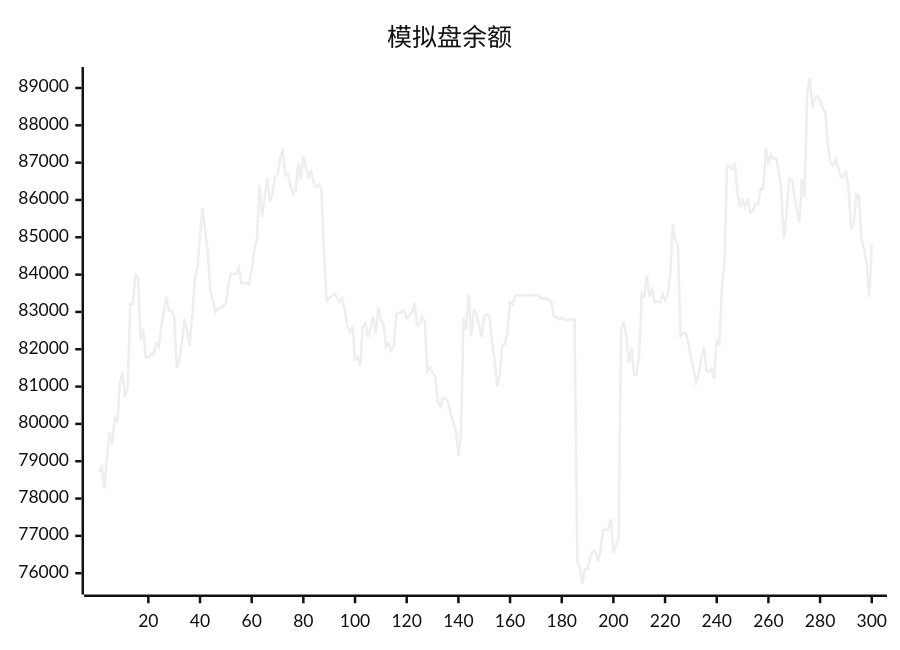
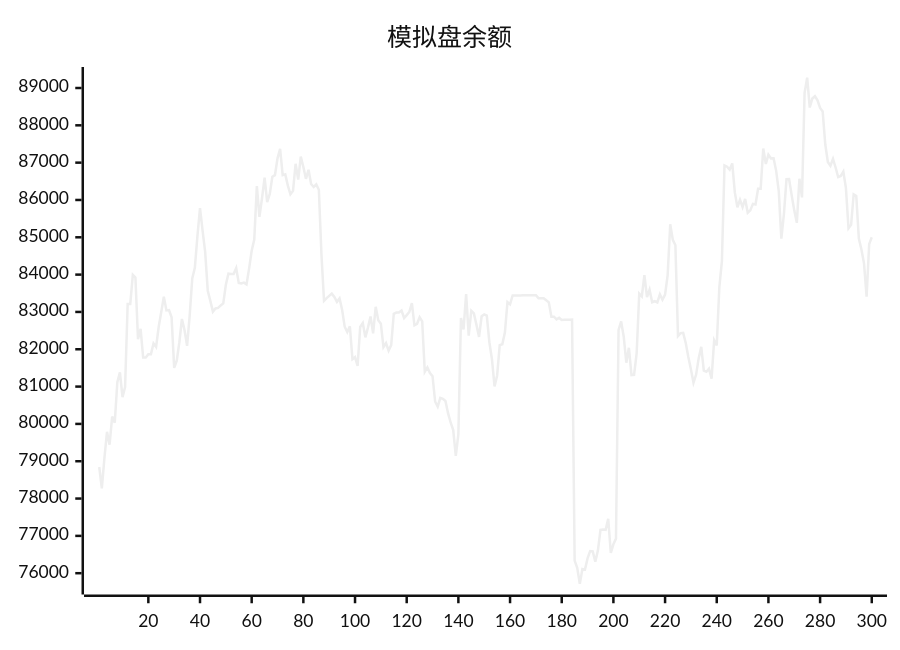
The diagram in README.md (aahl/ai-trading), drawn with Mermaid (neutral theme) before and after one commit. The commit also changed other lines of this file and 1 other file, not shown here.

````diff
--- a/README.md
+++ b/README.md
@@ -5,5 +5,5 @@
 ```mermaid
 xychart
     title "模拟盘余额"
-    line [78696,78846,78272,79085,79787,79442,80198,80031,81120,81379,80718,80985,83214,83212,83993,83921,82270,82547,81776,81776,81866,81866,82158,82061,82596,83000,83408,83041,83050,82858,81503,81691,82188,82812,82517,82092,82901,83898,84180,85030,85781,85178,84604,83569,83298,83008,83093,83107,83175,83228,83729,84025,84017,84019,84177,83775,83762,83785,83738,84160,84639,84939,86370,85548,86046,86599,85942,86161,86622,86664,87115,87369,86666,86685,86384,86152,86243,86969,86548,87164,86885,86566,86809,86427,86348,86417,86273,84538,83299,83369,83430,83490,83404,83270,83362,83056,82605,82459,82614,81734,81788,81551,82598,82702,82320,82580,82878,82426,83139,82778,82686,82056,82166,81963,82110,82951,82983,82984,83038,82838,82915,82998,83235,82642,82682,82858,82746,81396,81512,81362,81277,80600,80461,80699,80673,80616,80288,80038,79836,79142,79722,82837,82533,83480,82366,83032,82960,82654,82330,82883,82934,82901,82188,81728,81005,81298,82110,82135,82449,83264,83203,83440,83439,83440,83440,83446,83447,83448,83447,83448,83449,83369,83369,83369,83313,83256,82872,82873,82801,82844,82785,82791,82791,82793,82794,76339,76145,75714,76110,76096,76397,76594,76585,76310,76607,77160,77170,77160,77456,76541,76774,76927,82520,82744,82337,81639,82040,81307,81314,81887,83490,83414,83984,83396,83594,83261,83287,83253,83470,83327,83465,83987,85348,84930,84786,82355,82433,82438,82167,81795,81466,81105,81315,81756,82064,81426,81398,81481,81210,82242,82099,83658,84359,86925,86892,86814,86980,86203,85802,86003,85811,86028,85657,85721,85896,85880,86300,86299,87378,86965,87214,87115,87118,86780,86238,84966,85623,86555,86562,86129,85722,85387,86569,86070,88870,89278,88477,88720,88781,88668,88467,88372,87493,87018,86917,87102,86870,86613,86644,86758,86317,85242,85334,86149,86106,84968,84671,84302,83410,84816]
+    line [78846,78272,79085,79787,79442,80198,80031,81120,81379,80718,80985,83214,83212,83993,83921,82270,82547,81776,81776,81866,81866,82158,82061,82596,83000,83408,83041,83050,82858,81503,81691,82188,82812,82517,82092,82901,83898,84180,85030,85781,85178,84604,83569,83298,83008,83093,83107,83175,83228,83729,84025,84017,84019,84177,83775,83762,83785,83738,84160,84639,84939,86370,85548,86046,86599,85942,86161,86622,86664,87115,87369,86666,86685,86384,86152,86243,86969,86548,87164,86885,86566,86809,86427,86348,86417,86273,84538,83299,83369,83430,83490,83404,83270,83362,83056,82605,82459,82614,81734,81788,81551,82598,82702,82320,82580,82878,82426,83139,82778,82686,82056,82166,81963,82110,82951,82983,82984,83038,82838,82915,82998,83235,82642,82682,82858,82746,81396,81512,81362,81277,80600,80461,80699,80673,80616,80288,80038,79836,79142,79722,82837,82533,83480,82366,83032,82960,82654,82330,82883,82934,82901,82188,81728,81005,81298,82110,82135,82449,83264,83203,83440,83439,83440,83440,83446,83447,83448,83447,83448,83449,83369,83369,83369,83313,83256,82872,82873,82801,82844,82785,82791,82791,82793,82794,76339,76145,75714,76110,76096,76397,76594,76585,76310,76607,77160,77170,77160,77456,76541,76774,76927,82520,82744,82337,81639,82040,81307,81314,81887,83490,83414,83984,83396,83594,83261,83287,83253,83470,83327,83465,83987,85348,84930,84786,82355,82433,82438,82167,81795,81466,81105,81315,81756,82064,81426,81398,81481,81210,82242,82099,83658,84359,86925,86892,86814,86980,86203,85802,86003,85811,86028,85657,85721,85896,85880,86300,86299,87378,86965,87214,87115,87118,86780,86238,84966,85623,86555,86562,86129,85722,85387,86569,86070,88870,89278,88477,88720,88781,88668,88467,88372,87493,87018,86917,87102,86870,86613,86644,86758,86317,85242,85334,86149,86106,84968,84671,84302,83410,84816,85001]
 ```
````
